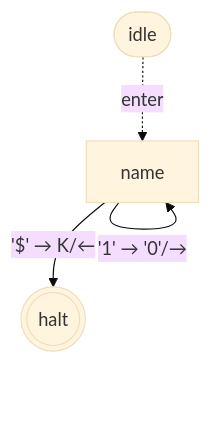
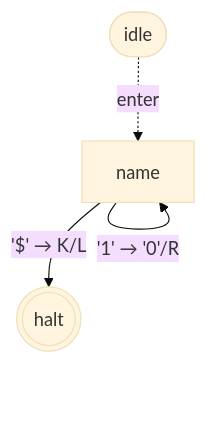
The second of 5 diagrams in packages/machine/README.md (mellonis/turing-machine-js), drawn with Mermaid (base theme) before and after one commit. The commit also changed other lines of this file and 14 other files, not shown here.

First line of the commit message:
polish(emit + docs): readable vocabulary, removed hand-drawn diagrams, dogfooded `summarize`

````diff
--- a/packages/machine/README.md
+++ b/packages/machine/README.md
@@ -271,10 +257,10 @@
 ```mermaid
 flowchart TD
 %% alphabets: [[" ","0","1","$"]]
   s0(((halt)))
   s1["name"]
   idle([idle])
   idle -. enter .-> s1
-  s1 -- "'1' → '0'/→" --> s1
-  s1 -- "'$' → K/←" --> s0
+  s1 -- "'1' → '0'/R" --> s1
+  s1 -- "'$' → K/L" --> s0
 ```
````
